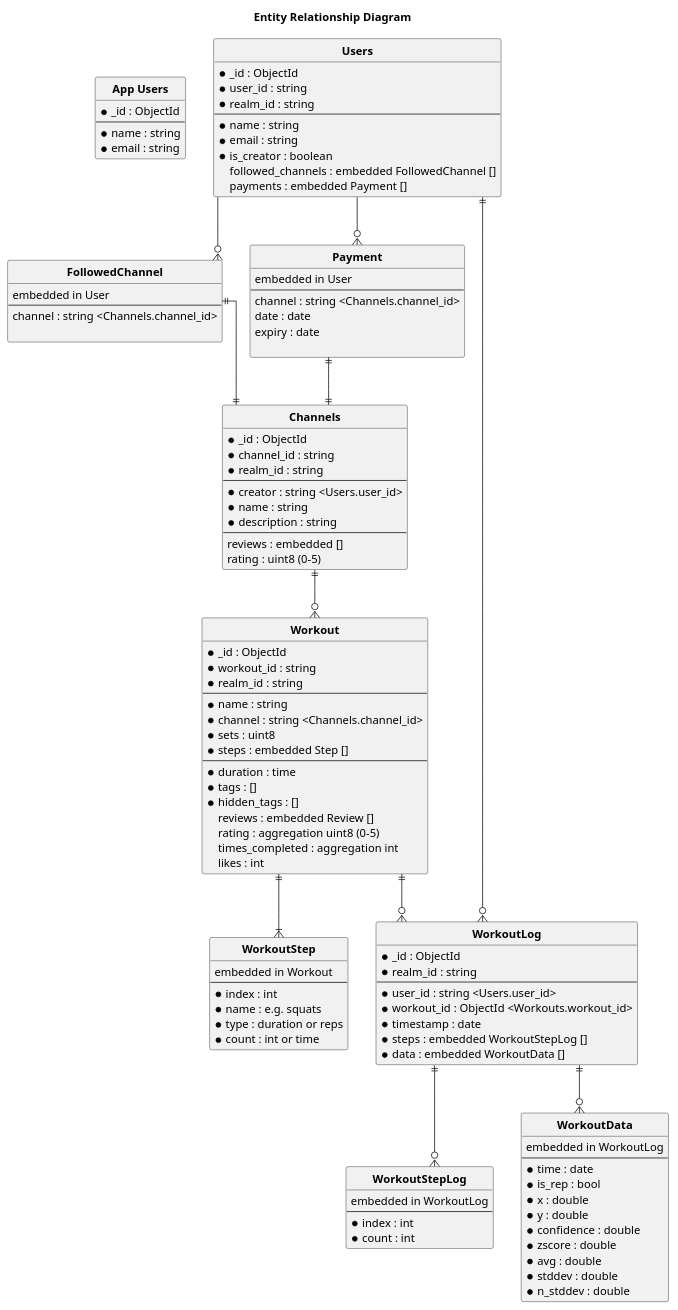
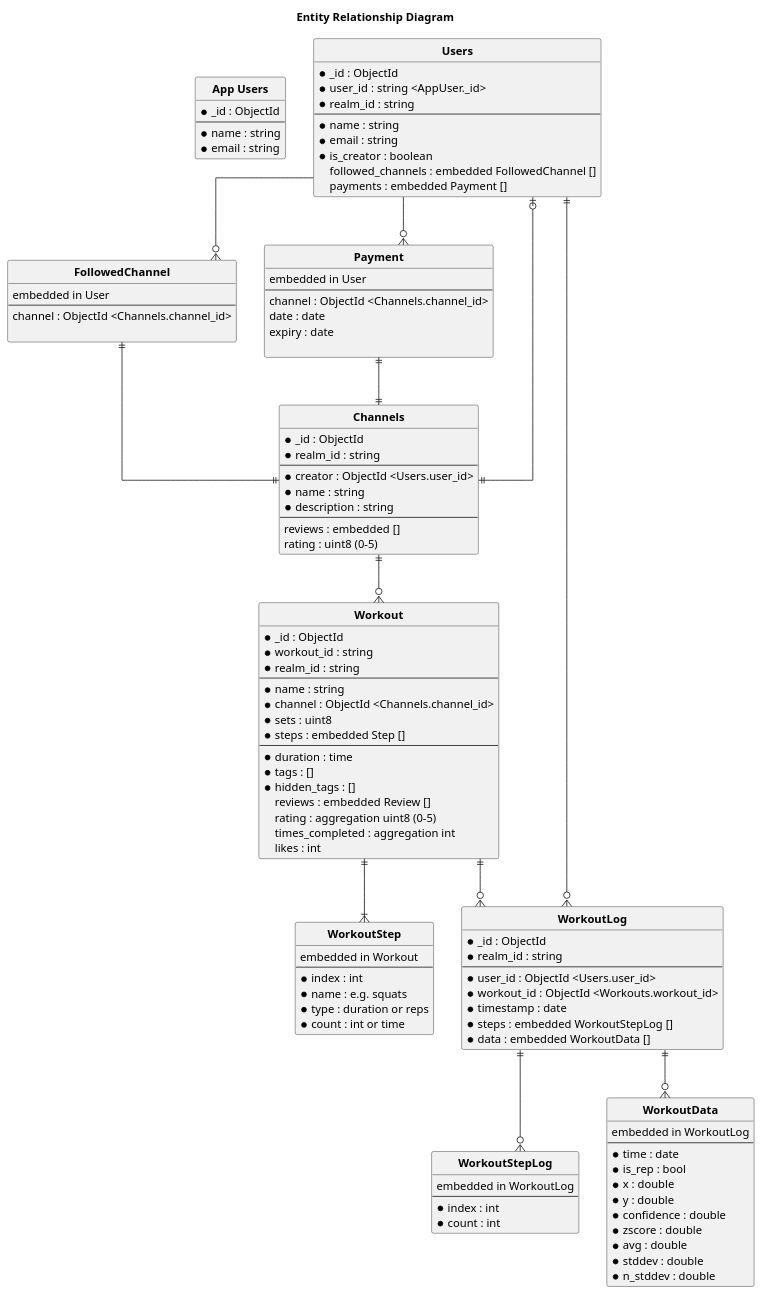
Before and after one commit to wongway/tmp-form-app: the diagram in docs/diagrams/src/data_schema.puml, drawn with PlantUML.

Commit message:
Updated *_id refs to ObjectIds

```diff
--- a/docs/diagrams/src/data_schema.puml
+++ b/docs/diagrams/src/data_schema.puml
@@ -1,131 +1,134 @@
 @startuml data_schema
 
 title Entity Relationship Diagram
+' Follows the standards in: https://plantuml.com/ie-diagram
 
 hide circle
 skinparam linetype ortho
 
 entity "**App Users**" as AppUser {
     * _id : ObjectId
     ---
     * name : string
     * email : string
 }
 
 entity "**Users**" as User {
     * _id : ObjectId
-    * user_id : string
+    * user_id : string <AppUser._id>
     * realm_id : string
     ---
     * name : string
     * email : string
     * is_creator : boolean
     followed_channels : embedded FollowedChannel []
     payments : embedded Payment []
 }
 
 entity "**FollowedChannel**" as FollowedChannel {
     embedded in User
     ---
-    channel : string <Channels.channel_id>
+    channel : ObjectId <Channels.channel_id>
 
 }
 
 entity "**Payment**" as Payment {
     embedded in User
     ---
-    channel : string <Channels.channel_id>
+    channel : ObjectId <Channels.channel_id>
     date : date
     expiry : date
 
 }
 
 entity "**Channels**" as Channel {
     * _id : ObjectId
-    * channel_id : string
+    ' * channel_id : string
     * realm_id : string
     ---
-    * creator : string <Users.user_id>
+    * creator : ObjectId <Users.user_id>
     * name : string
     * description : string
     ---
     reviews : embedded []
     rating : uint8 (0-5)
 }
 
 entity "**Workout**" as Workout {
     * _id : ObjectId
     * workout_id : string
     * realm_id : string
     ---
     * name : string
-    * channel : string <Channels.channel_id>
+    * channel : ObjectId <Channels.channel_id>
     * sets : uint8
     * steps : embedded Step []
     ---
     * duration : time
     * tags : []
     * hidden_tags : []
     reviews : embedded Review []
     rating : aggregation uint8 (0-5)
     times_completed : aggregation int
     likes : int
 }
 
+' TODO: Probably want some sort of enum for type
 entity "**WorkoutStep**" as Step {
     embedded in Workout
     ---
     * index : int
     * name : e.g. squats
     * type : duration or reps
     * count : int or time
 }
 
 entity "**WorkoutLog**" as WorkoutLog {
     * _id : ObjectId
     * realm_id : string
     ---
-    * user_id : string <Users.user_id>
+    * user_id : ObjectId <Users.user_id>
     * workout_id : ObjectId <Workouts.workout_id>
     * timestamp : date
     * steps : embedded WorkoutStepLog []
     * data : embedded WorkoutData []
 }
 
 entity "**WorkoutStepLog**" as WorkoutLogStep {
     embedded in WorkoutLog
     ---
     * index : int
     * count : int
 }
 
 entity "**WorkoutData**" as WorkoutData {
     embedded in WorkoutLog
     ---
     * time : date
     * is_rep : bool
     * x : double
     * y : double
     * confidence : double
     * zscore : double
     * avg : double
     * stddev : double
     * n_stddev : double
 }
 
 Workout ||--|{ Step
 Workout ||--o{ WorkoutLog
 
 WorkoutLog ||--o{ WorkoutLogStep
 
 User ||--o{ WorkoutLog
 User --o{ FollowedChannel
 User --o{ Payment
 
 FollowedChannel ||--|| Channel
 Payment ||--|| Channel
 
+Channel ||--o| User
 Channel ||--o{ Workout
 WorkoutLog ||--o{ WorkoutData
 
 @enduml
```
